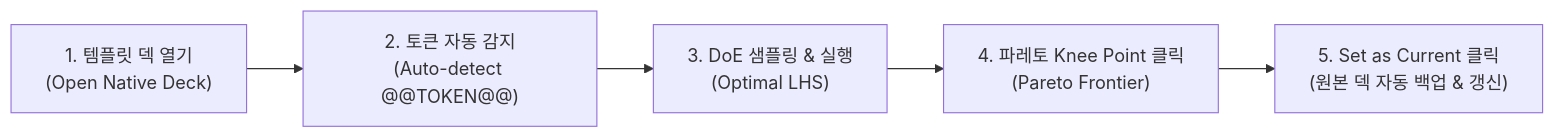
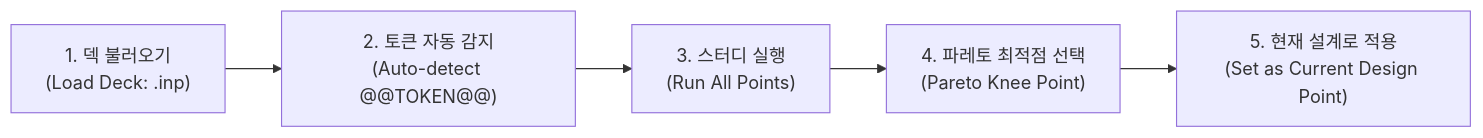
Before and after one commit to pikachu444/caelab-workbench: the diagram in docs/tutorials/visual_mdo_guide.md, drawn with Mermaid. The commit also changed other lines of this file and 11 other files, not shown here.

Commit message:
fix(mdo): resolve path import, deck token binding, scalar reduction, and add 7-domain benchmark catalog

````diff
--- a/docs/tutorials/visual_mdo_guide.md
+++ b/docs/tutorials/visual_mdo_guide.md
@@ -86,7 +90,7 @@
 ```mermaid
 flowchart LR
-    A["1. 템플릿 덱 열기<br/>(Open Native Deck)"] --> B["2. 토큰 자동 감지<br/>(Auto-detect @@TOKEN@@)"]
-    B --> C["3. DoE 샘플링 & 실행<br/>(Optimal LHS)"]
-    C --> D["4. 파레토 Knee Point 클릭<br/>(Pareto Frontier)"]
-    D --> E["5. Set as Current 클릭<br/>(원본 덱 자동 백업 & 갱신)"]
+    A["1. 덱 불러오기<br/>(Load Deck: .inp)"] --> B["2. 토큰 자동 감지<br/>(Auto-detect @@TOKEN@@)"]
+    B --> C["3. 스터디 실행<br/>(Run All Points)"]
+    C --> D["4. 파레토 최적점 선택<br/>(Pareto Knee Point)"]
+    D --> E["5. 현재 설계로 적용<br/>(Set as Current Design Point)"]
 ```
````
